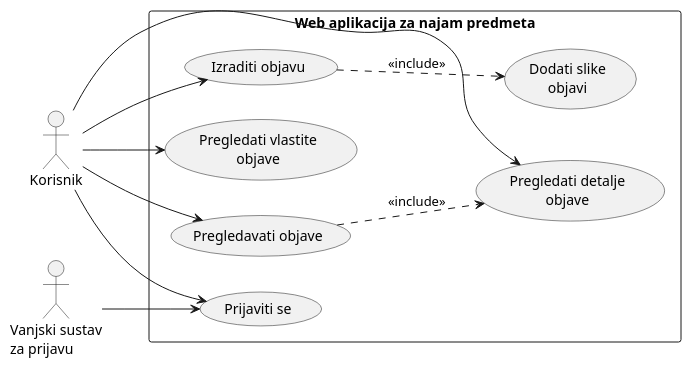
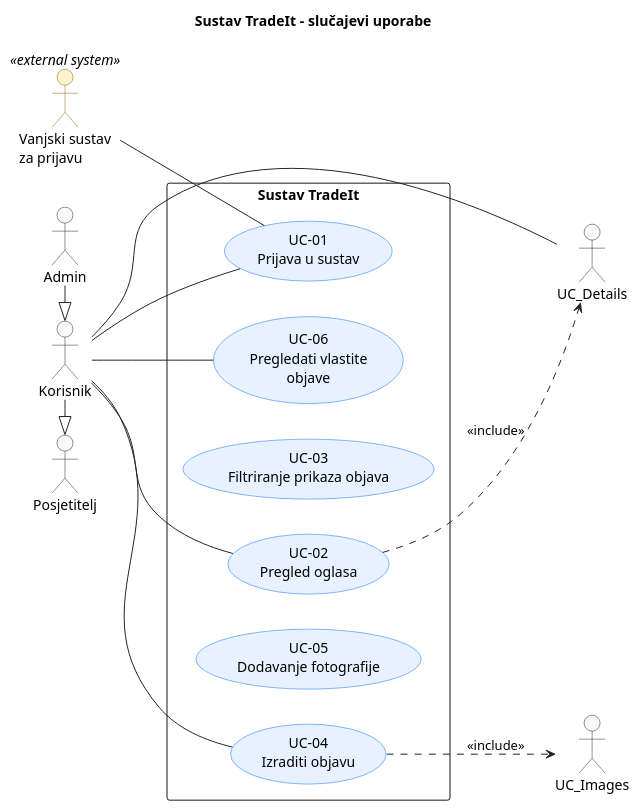
Before and after one commit to LDavorija/tradeit: the diagram in docs/puml/use-case-diagram.puml, drawn with PlantUML.

```diff
--- a/docs/puml/use-case-diagram.puml
+++ b/docs/puml/use-case-diagram.puml
@@ -2,32 +2,59 @@
 @startuml
+title Sustav TradeIt - slučajevi uporabe
 left to right direction
 
 skinparam packageStyle rectangle
 skinparam shadowing false
+skinparam defaultFontName Arial
+skinparam ArrowColor #212529
 
-actor "Korisnik" as User
-actor "Vanjski sustav\nza prijavu" as Auth
+skinparam actor {
+    BackgroundColor #F8F9FA
+    BorderColor #212529
+    BackgroundColor<<external system>> #FFF3CD
+    BorderColor<<external system>> #856404
+}
 
-rectangle "Web aplikacija za najam predmeta" {
+skinparam usecase {
+    BackgroundColor #E7F1FF
+    BorderColor #0D6EFD
+}
+' Glavni aktori
+actor Visitor as "Posjetitelj"
+actor User as "Korisnik"
+actor Admin as "Admin"
 
-    usecase "Prijaviti se" as UC_Login
-    usecase "Pregledavati objave" as UC_Browse
-    usecase "Pregledati detalje\nobjave" as UC_Details
-    usecase "Izraditi objavu" as UC_Create
-    usecase "Dodati slike\nobjavi" as UC_Images
-    usecase "Pregledati vlastite\nobjave" as UC_MyPosts
+User -|> Visitor
+Admin -|> User
+
+
+' Vanjski aktori
+actor Auth as "Vanjski sustav\nza prijavu" <<external system>>
+
+rectangle "Sustav TradeIt" {
+
+     ' Pristup
+    (UC-01\nPrijava u sustav) as UC_Login
+
+    ' Prijave i karta
+    (UC-02\nPregled oglasa) as UC_Browse
+    (UC-03\nFiltriranje prikaza objava) as UC_Filter
+    (UC-04\nIzraditi objavu) as UC_Create
+    (UC-05\nDodavanje fotografije) as UC_UploadPhoto
+    (UC-06\nPregledati vlastite\nobjave) as UC_MyPosts
+    
 
 }
 
-User --> UC_Login
-User --> UC_Browse
-User --> UC_Details
-User --> UC_Create
-User --> UC_MyPosts
+User -- UC_Login
+User -- UC_Browse
+User -- UC_Details
+User -- UC_Create
+User -- UC_MyPosts
 
-Auth --> UC_Login
+Auth -- UC_Login
 
 UC_Create ..> UC_Images : <<include>>
 UC_Browse ..> UC_Details : <<include>>
 
 @enduml
```
